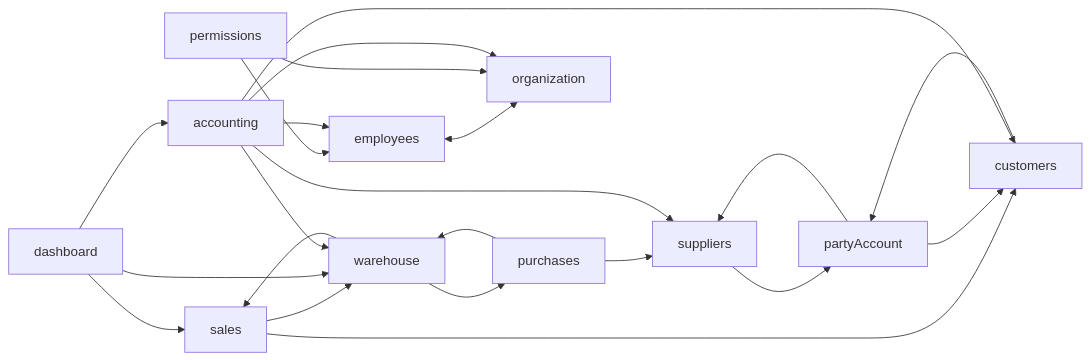
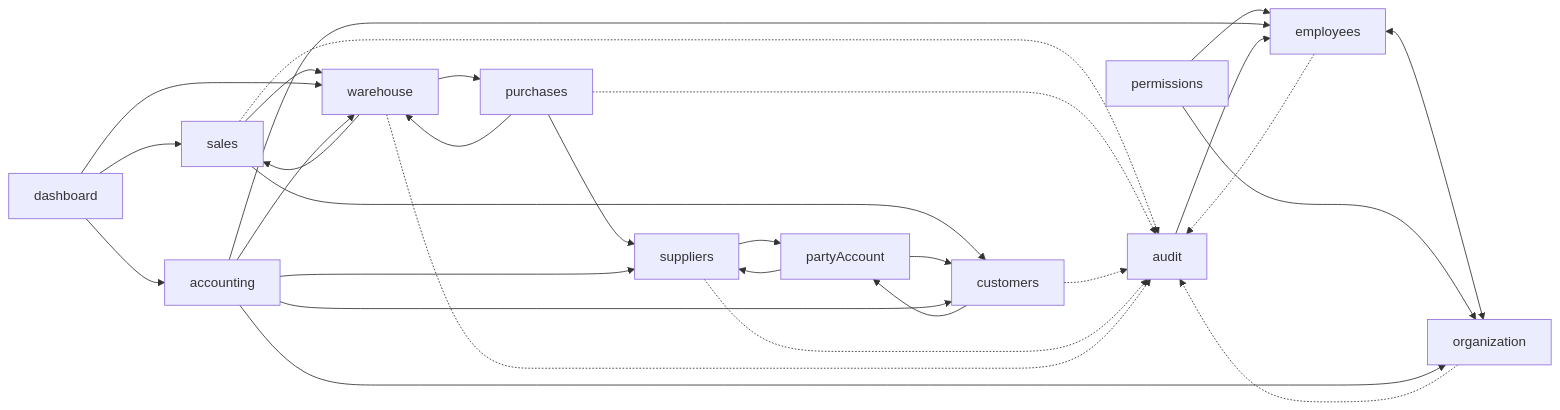
One commit to Mr0Hadi/OurERP changed the diagram in Frontend/docs/architecture/12-features/README.md. Above: the diagram before and after it, drawn with Mermaid. The commit also changed other lines of this file and 74 other files, not shown here.

````diff
--- a/Frontend/docs/architecture/12-features/README.md
+++ b/Frontend/docs/architecture/12-features/README.md
@@ -24,24 +25,32 @@
 ```mermaid
 flowchart LR
   sales --> warehouse
   sales --> customers
   purchases --> warehouse
   purchases --> suppliers
   warehouse --> sales
   warehouse --> purchases
   customers --> partyAccount
   suppliers --> partyAccount
   partyAccount --> customers
   partyAccount --> suppliers
   employees <--> organization
   permissions --> employees
   permissions --> organization
   dashboard --> sales
   dashboard --> warehouse
   dashboard --> accounting
   accounting --> organization
   accounting --> customers
   accounting --> suppliers
   accounting --> employees
   accounting --> warehouse
+  audit --> employees
+  sales -.-> audit
+  purchases -.-> audit
+  customers -.-> audit
+  suppliers -.-> audit
+  warehouse -.-> audit
+  employees -.-> audit
+  organization -.-> audit
 ```
````
